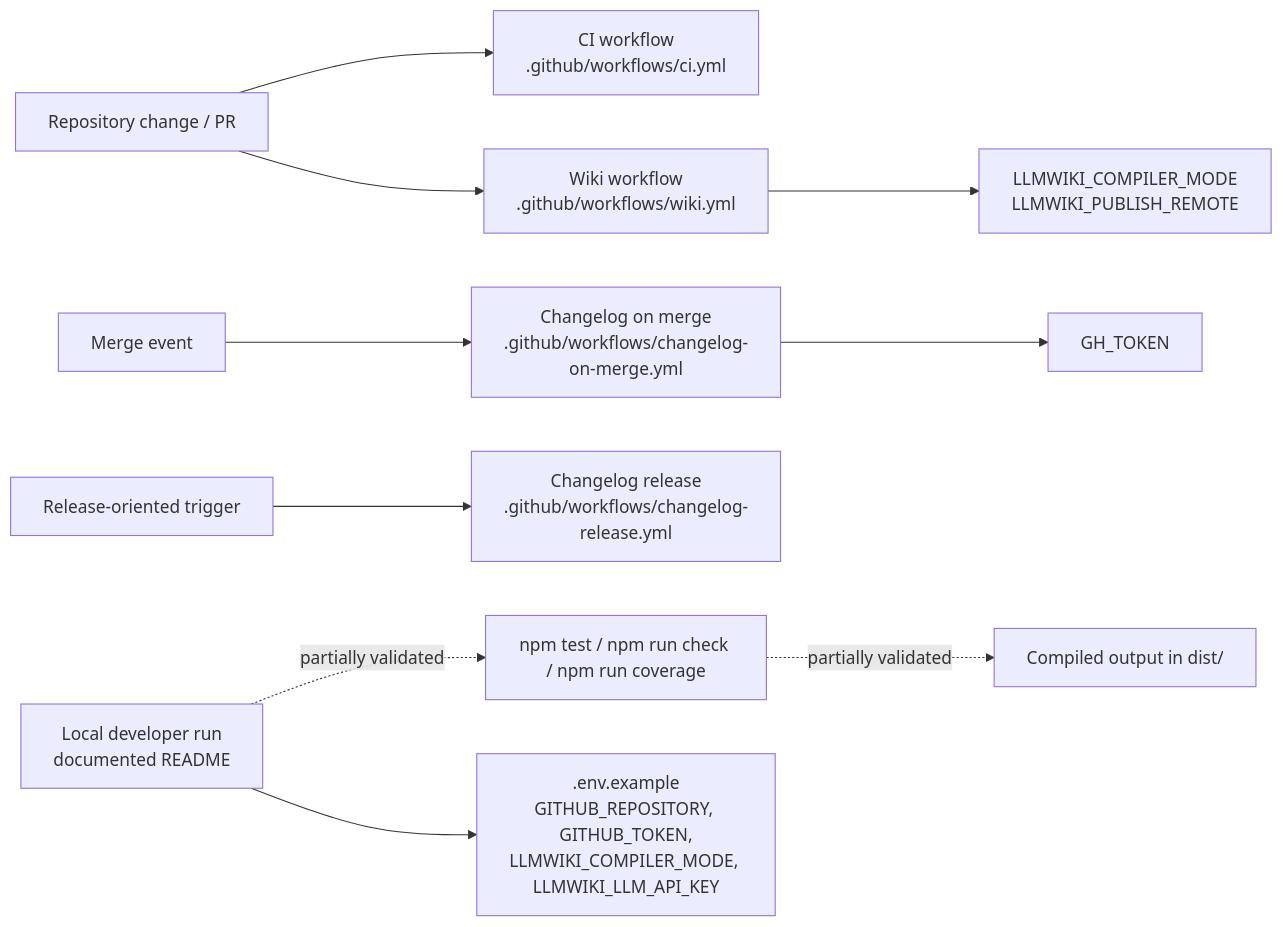
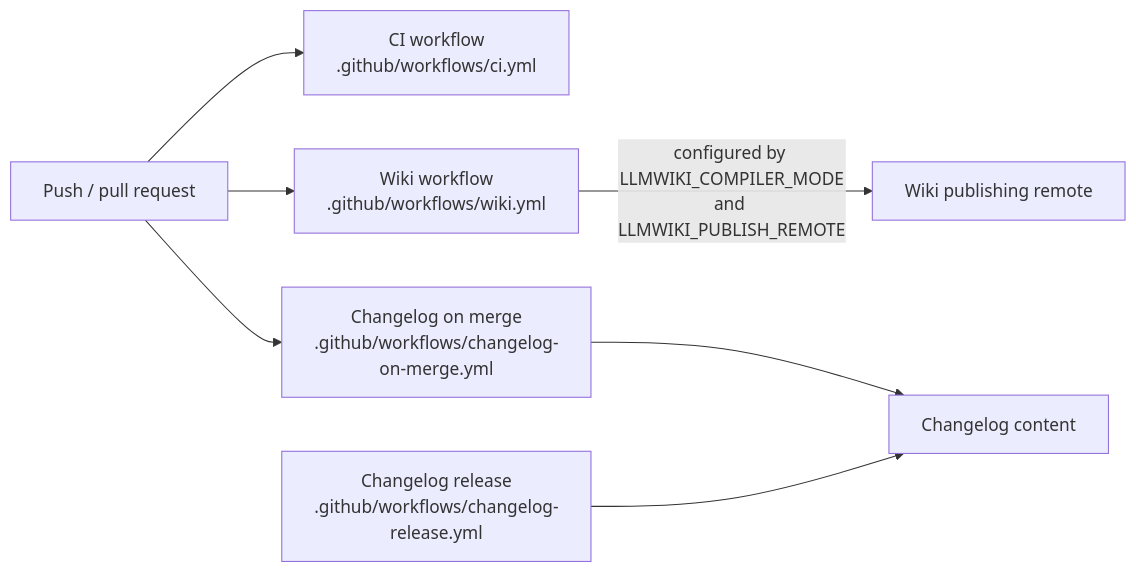
The third of 3 diagrams in Architecture.md (mfittko/repo-wiki), drawn with Mermaid before and after one commit. The commit also changed other lines of this file and 43 other files, not shown here.

Commit message:
Compile repository wiki 2026-05-14T01:22:03.531Z

````diff
--- a/Architecture.md
+++ b/Architecture.md
@@ -235,14 +206,17 @@
 ```mermaid
 flowchart LR
-    Change["Repository change / PR"] --> CI["CI workflow<br/>.github/workflows/ci.yml"]
-    Change --> WikiWF["Wiki workflow<br/>.github/workflows/wiki.yml"]
-    Merge["Merge event"] --> ChangelogMerge["Changelog on merge<br/>.github/workflows/changelog-on-merge.yml"]
-    Release["Release-oriented trigger"] --> ChangelogRelease["Changelog release<br/>.github/workflows/changelog-release.yml"]
+    PushOrPR["Push / pull request"]
+    CI["CI workflow<br/>.github/workflows/ci.yml"]
+    WikiJob["Wiki workflow<br/>.github/workflows/wiki.yml"]
+    ChangelogMerge["Changelog on merge<br/>.github/workflows/changelog-on-merge.yml"]
+    ChangelogRelease["Changelog release<br/>.github/workflows/changelog-release.yml"]
+    WikiRemote["Wiki publishing remote"]
+    Changelog["Changelog content"]
 
-    Local["Local developer run<br/>documented README"] -. partially validated .-> NpmScripts["npm test / npm run check / npm run coverage"]
-    NpmScripts -. partially validated .-> Dist["Compiled output in dist/"]
-
-    WikiWF --> WikiConfig["LLMWIKI_COMPILER_MODE<br/>LLMWIKI_PUBLISH_REMOTE"]
-    ChangelogMerge --> GhToken["GH_TOKEN"]
-    Local --> Env[".env.example<br/>GITHUB_REPOSITORY, GITHUB_TOKEN,<br/>LLMWIKI_COMPILER_MODE, LLMWIKI_LLM_API_KEY"]
+    PushOrPR --> CI
+    PushOrPR --> WikiJob
+    WikiJob -->|"configured by LLMWIKI_COMPILER_MODE<br/>and LLMWIKI_PUBLISH_REMOTE"| WikiRemote
+    PushOrPR --> ChangelogMerge
+    ChangelogMerge --> Changelog
+    ChangelogRelease --> Changelog
 ```
````
